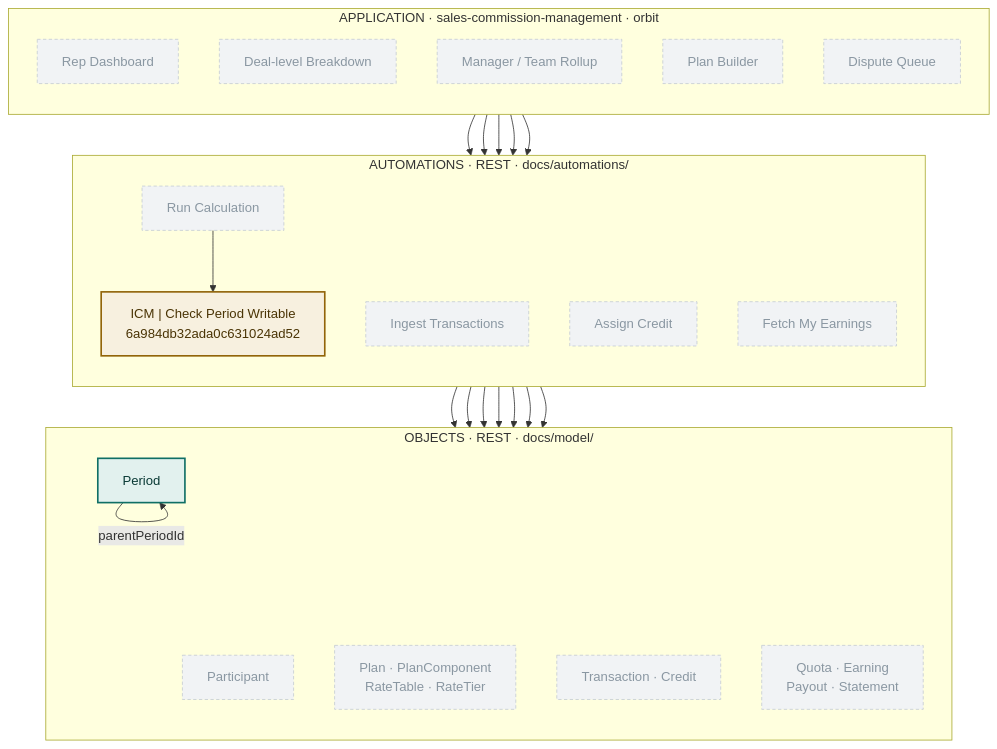
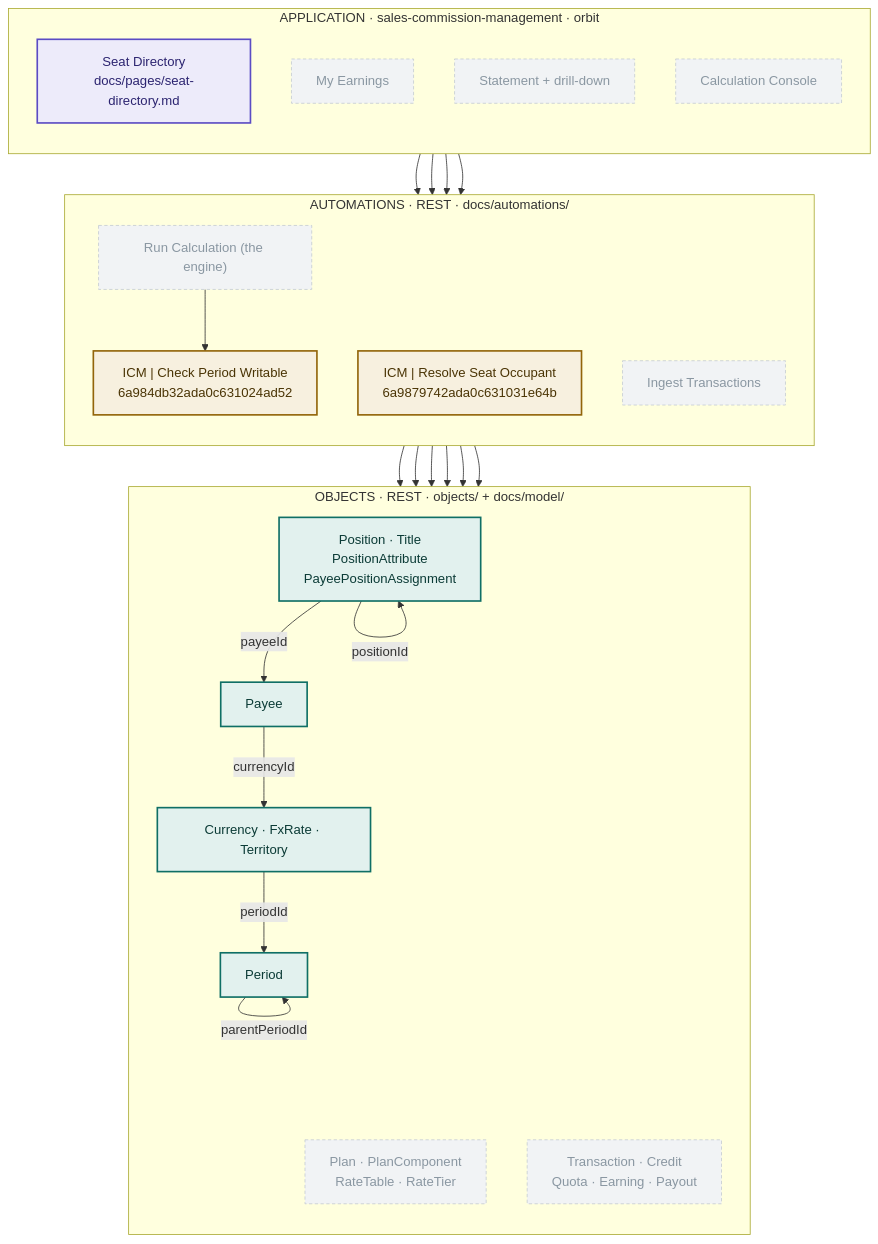
Before and after one commit to unify-apps/ua-icm: the diagram in docs/architecture.md, drawn with Mermaid. The commit also changed other lines of this file and 36 other files, not shown here.

First line of the commit message:
Settle the money question, adopt the seat model, and build the first slice end to end

````diff
--- a/docs/architecture.md
+++ b/docs/architecture.md
@@ -38,50 +39,52 @@
 ```mermaid
 graph TD
     subgraph APP["APPLICATION · sales-commission-management · orbit"]
         direction TB
-        PG1["Rep Dashboard"]:::todo
-        PG2["Deal-level Breakdown"]:::todo
-        PG3["Manager / Team Rollup"]:::todo
-        PG4["Plan Builder"]:::todo
-        PG5["Dispute Queue"]:::todo
+        PG0["Seat Directory<br/>docs/pages/seat-directory.md"]:::spec
+        PG1["My Earnings"]:::todo
+        PG2["Statement + drill-down"]:::todo
+        PG3["Calculation Console"]:::todo
     end
 
     subgraph AUTO["AUTOMATIONS · REST · docs/automations/"]
         direction TB
         A1["ICM | Check Period Writable<br/>6a984db32ada0c631024ad52"]:::draft
-        A2["Ingest Transactions"]:::todo
-        A3["Assign Credit"]:::todo
-        A4["Run Calculation"]:::todo
-        A5["Fetch My Earnings"]:::todo
+        A2["ICM | Resolve Seat Occupant<br/>6a9879742ada0c631031e64b"]:::draft
+        A3["Ingest Transactions"]:::todo
+        A4["Run Calculation (the engine)"]:::todo
     end
 
-    subgraph OBJ["OBJECTS · REST · docs/model/"]
+    subgraph OBJ["OBJECTS · REST · objects/ + docs/model/"]
         direction TB
         O1["Period"]:::live
-        O2["Participant"]:::todo
-        O3["Plan · PlanComponent<br/>RateTable · RateTier"]:::todo
-        O4["Transaction · Credit"]:::todo
-        O5["Quota · Earning<br/>Payout · Statement"]:::todo
+        O2["Payee"]:::live
+        O3["Position · Title<br/>PositionAttribute<br/>PayeePositionAssignment"]:::live
+        O4["Currency · FxRate · Territory"]:::live
+        O5["Plan · PlanComponent<br/>RateTable · RateTier"]:::todo
+        O6["Transaction · Credit<br/>Quota · Earning · Payout"]:::todo
     end
 
-    PG1 --> A5
-    PG2 --> A5
-    PG3 --> A5
-    PG4 --> A4
-    PG5 --> A3
+    PG0 --> A2
+    PG1 --> A4
+    PG2 --> A4
+    PG3 --> A4
 
     A1 --> O1
+    A2 --> O3
+    A2 --> O2
     A2 --> O4
-    A3 --> O4
-    A3 --> O2
     A4 --> A1
-    A4 --> O3
     A4 --> O5
-    A5 --> O5
+    A4 --> O6
 
     O1 -->|"parentPeriodId"| O1
+    O2 -->|"currencyId"| O4
+    O3 -->|"positionId"| O3
+    O3 -->|"payeeId"| O2
+    O4 -->|"periodId"| O1
 
     classDef live fill:#E2F1EE,stroke:#0F6F65,stroke-width:2px,color:#0B3B36
     classDef draft fill:#F7F0DF,stroke:#92650A,stroke-width:2px,color:#4A3405
+    classDef spec fill:#EDEBFA,stroke:#5B4CC4,stroke-width:2px,color:#2C2470
     classDef todo fill:#F1F3F5,stroke:#C4CCD3,stroke-width:1px,stroke-dasharray:4 3,color:#8A97A2
 ```
````
